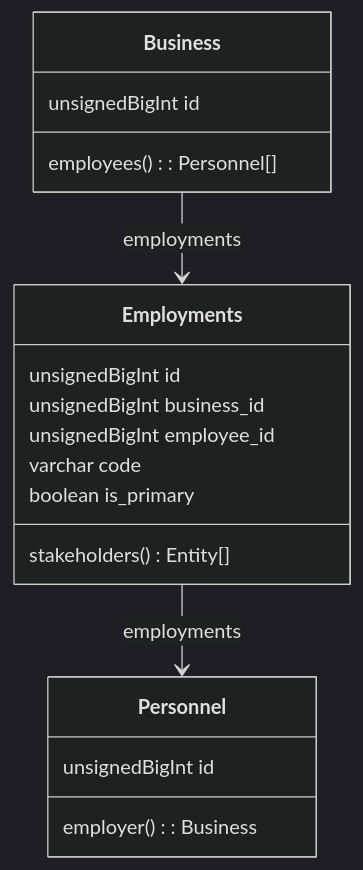
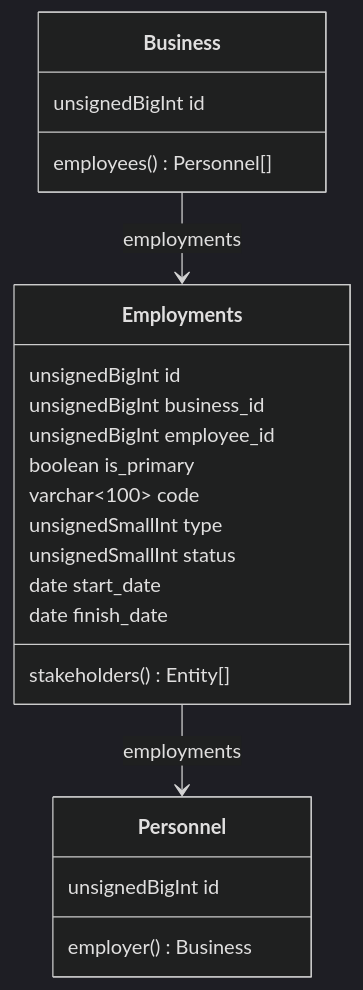
The fourth of 7 diagrams in database/README.md (creasico/laravel-base), drawn with Mermaid (dark theme) before and after one commit. The commit also changed other lines of this file and 52 other files, not shown here.

````diff
--- a/database/README.md
+++ b/database/README.md
@@ -246,22 +247,26 @@
 ```mermaid
 classDiagram
      Employments --> Personnel : employments
      Business --> Employments : employments
 
     class Business {
         unsignedBigInt id
-        employees(): Personnel[]
+        employees() Personnel[]
     }
     class Personnel {
         unsignedBigInt id
-        employer(): Business
+        employer() Business
     }
     class Employments {
         unsignedBigInt id
         unsignedBigInt business_id
         unsignedBigInt employee_id
-        varchar code
         boolean is_primary
+        varchar~100~ code
+        unsignedSmallInt type
+        unsignedSmallInt status
+        date start_date
+        date finish_date
         stakeholders() Entity[]
     }
 ```
````
